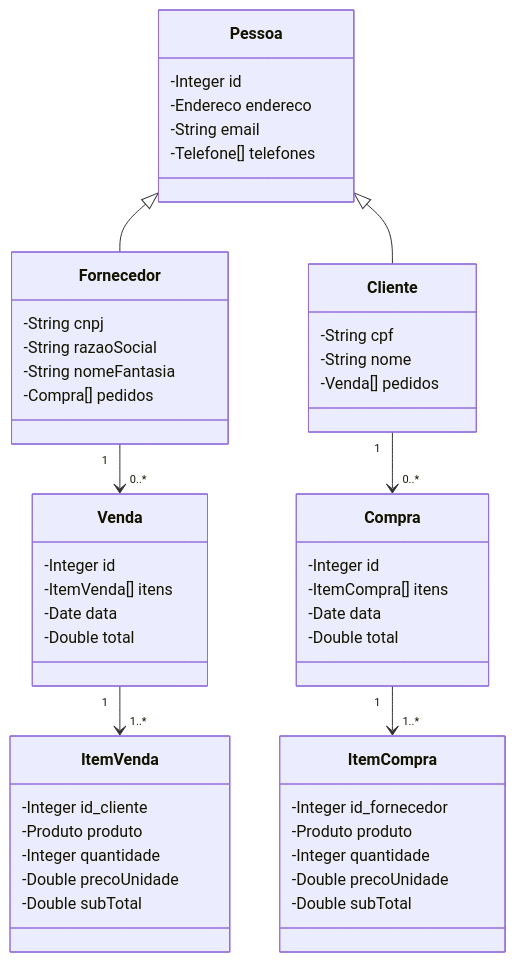
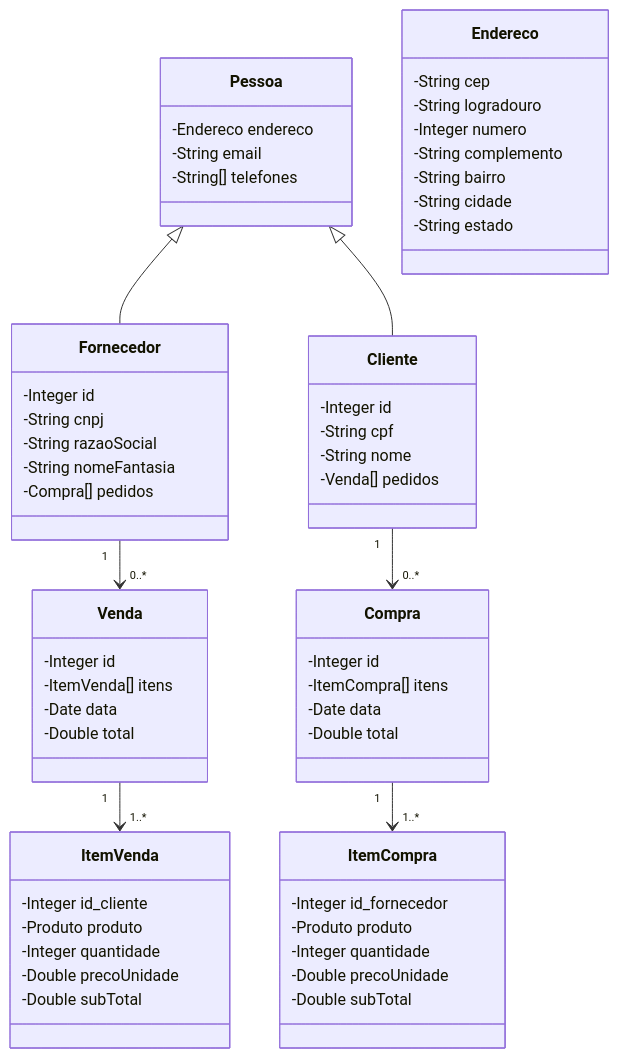
One commit to digaoes94/trabalhoSQL changed the diagram in classDiagram.mmd. Above: the diagram before and after it, drawn with Mermaid. The commit also changed other lines of this file and 2 other files, not shown here.

Commit message:
Corrections on classDiagram.mmd and starting erDiagram.mmd

```diff
--- a/classDiagram.mmd
+++ b/classDiagram.mmd
@@ -1,59 +1,72 @@
 classDiagram
     class Pessoa {
-        -Integer id
         -Endereco endereco
         -String email
-        -Telefone[] telefones
+        -String[] telefones
     }
 
     class Fornecedor {
+        -Integer id
         -String cnpj
         -String razaoSocial
         -String nomeFantasia
         -Compra[] pedidos
     }
 
     class ItemCompra {
         -Integer id_fornecedor
         -Produto produto
         -Integer quantidade
         -Double precoUnidade
         -Double subTotal
     }
 
     class Compra {
         -Integer id
         -ItemCompra[] itens
         -Date data
         -Double total
     }
 
     class Cliente {
+        -Integer id
         -String cpf
         -String nome
         -Venda[] pedidos
     }
 
     class ItemVenda {
         -Integer id_cliente
         -Produto produto
         -Integer quantidade
         -Double precoUnidade
         -Double subTotal
     }
 
     class Venda {
         -Integer id
         -ItemVenda[] itens
         -Date data
         -Double total
     }
 
+    %%-- seria interessante criar uma função autoCEP(String cep), mas teríamos de baixar as tabelas de CEP do IBGE --%%
+    %%-- no caso essa função buscaria do CEP da pessoa e completaria automaticamente o Estado, Cidade, Bairro e Logradouro de Endereco  --%%
+    class Endereco {
+        -String cep
+        -String logradouro
+        -Integer numero
+        -String complemento
+        -String bairro
+        -String cidade
+        -String estado
+    }
+
     Pessoa <|-- Fornecedor
     Pessoa <|-- Cliente
 
     Cliente "1" --> "0..*" Compra
     Compra "1" --> "1..*" ItemCompra
 
     Fornecedor "1" --> "0..*" Venda
     Venda "1" --> "1..*" ItemVenda
```
